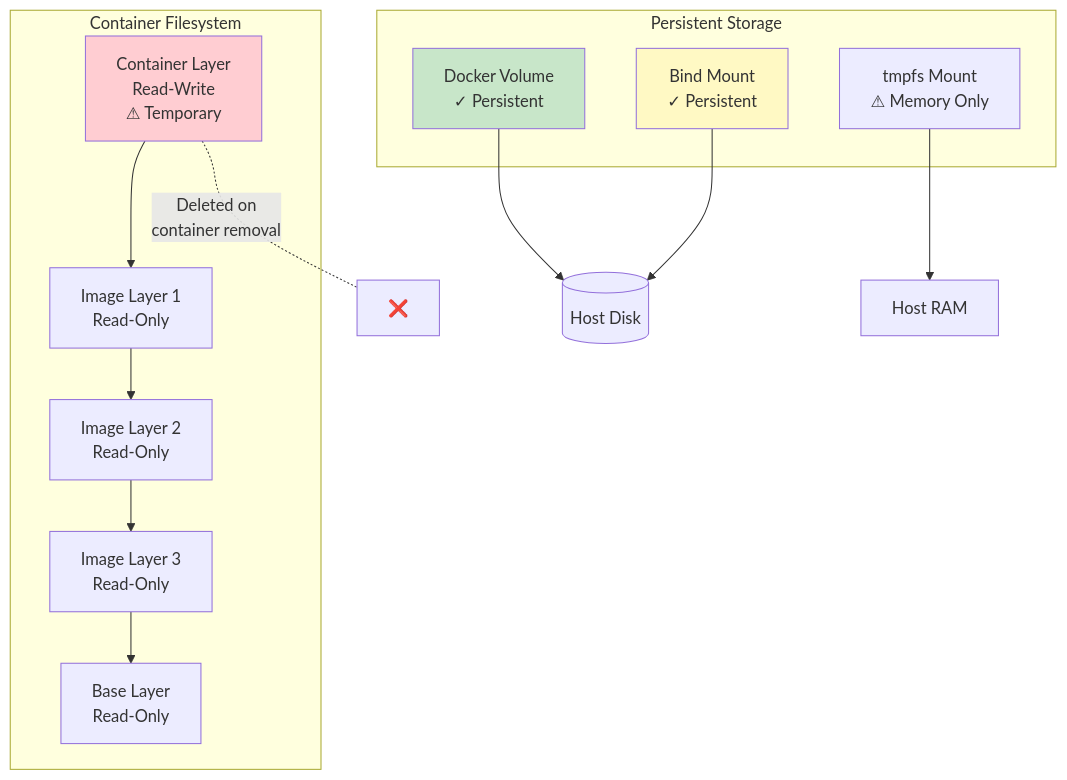
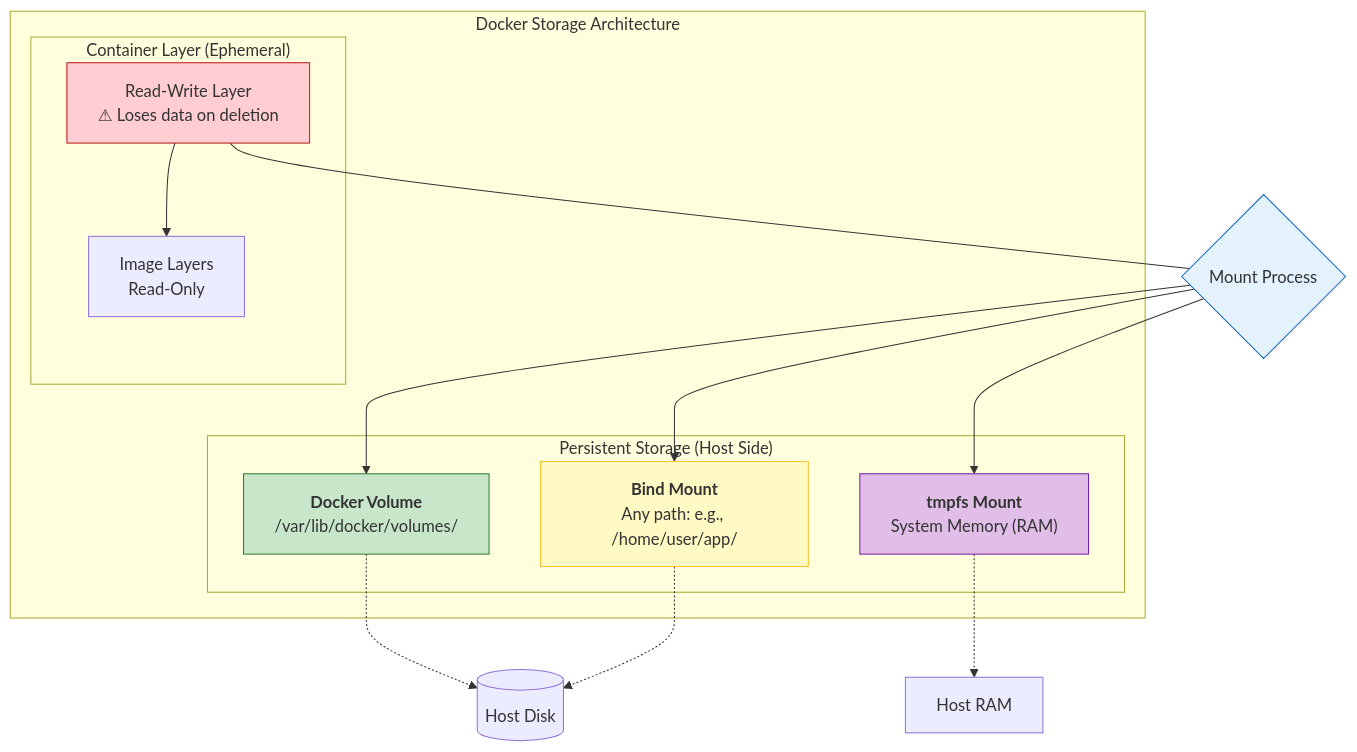
Before and after one commit to Ganil151/Devops: the first of 2 diagrams in 1-Beginner/06-Docker/Intermediate/02-Docker-Volumes/README.md, drawn with Mermaid. The commit also changed other lines of this file and 41 other files, not shown here.

````diff
--- a/1-Beginner/06-Docker/Intermediate/02-Docker-Volumes/README.md
+++ b/1-Beginner/06-Docker/Intermediate/02-Docker-Volumes/README.md
@@ -7,31 +11,31 @@
 ```mermaid
 graph TB
-    subgraph "Container Filesystem"
-        CL[Container Layer<br/>Read-Write<br/>⚠ Temporary]
-        IL1[Image Layer 1<br/>Read-Only]
-        IL2[Image Layer 2<br/>Read-Only]
-        IL3[Image Layer 3<br/>Read-Only]
-        IL4[Base Layer<br/>Read-Only]
+    subgraph "Docker Storage Architecture"
+        subgraph "Container Layer (Ephemeral)"
+            CL[Read-Write Layer<br/>⚠ Loses data on deletion]
+            IL[Image Layers<br/>Read-Only]
+            CL --> IL
+        end
         
-        CL --> IL1
-        IL1 --> IL2
-        IL2 --> IL3
-        IL3 --> IL4
+        subgraph "Persistent Storage (Host Side)"
+            VOL["<b>Docker Volume</b><br/>/var/lib/docker/volumes/"]
+            BIND["<b>Bind Mount</b><br/>Any path: e.g., /home/user/app/"]
+            TMPFS["<b>tmpfs Mount</b><br/>System Memory (RAM)"]
+        end
     end
     
-    subgraph "Persistent Storage"
-        VOL[Docker Volume<br/>✓ Persistent]
-        BIND[Bind Mount<br/>✓ Persistent]
-        TMPFS[tmpfs Mount<br/>⚠ Memory Only]
-    end
+    CL --- MountPoint{Mount Process}
+    MountPoint --> VOL
+    MountPoint --> BIND
+    MountPoint --> TMPFS
     
-    CL -.Deleted on<br/>container removal.- X[❌]
-    VOL --> DISK[(Host Disk)]
-    BIND --> DISK
-    TMPFS --> MEM[Host RAM]
+    VOL -.-> DISK[(Host Disk)]
+    BIND -.-> DISK
+    TMPFS -.-> RAM[Host RAM]
     
-    style CL fill:#ffcdd2
-    style VOL fill:#c8e6c9
-    style BIND fill:#fff9c4
-    style TMPFS fill#e1bee7
+    style CL fill:#ffcdd2,stroke:#b71c1c
+    style VOL fill:#c8e6c9,stroke:#2e7d32
+    style BIND fill:#fff9c4,stroke:#fbc02d
+    style TMPFS fill:#e1bee7,stroke:#7b1fa2
+    style MountPoint fill:#e3f2fd,stroke:#1565c0
 ```
````
